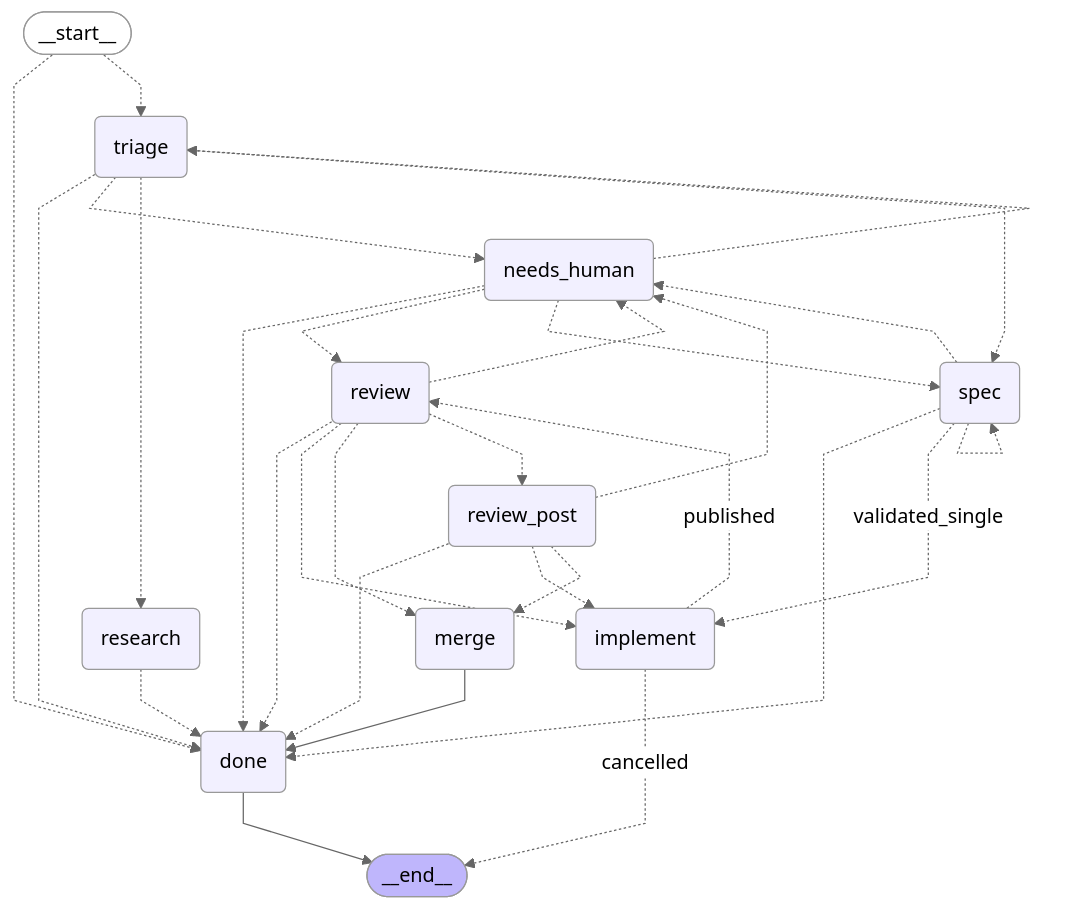
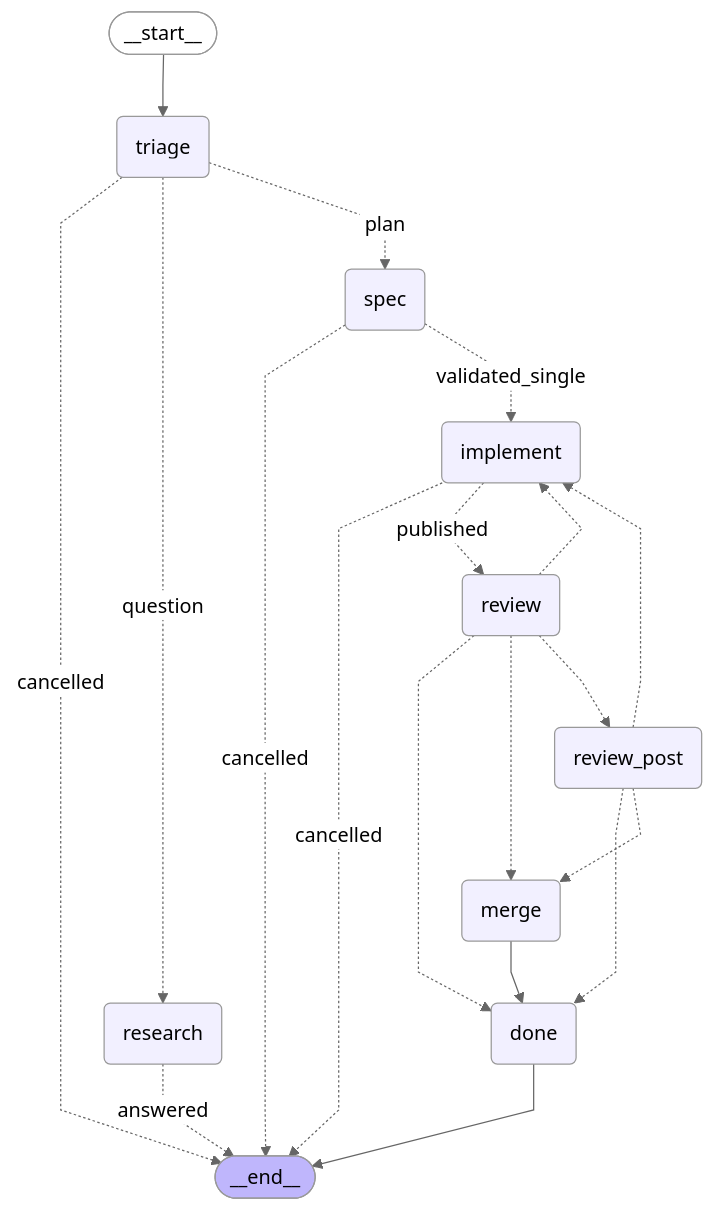
The diagram in docs/graph/delivery.mmd (bookout-labs/tools), drawn with Mermaid (neutral theme) before and after one commit. The commit also changed 54 other files, not shown here.

Commit message:
Extract Triage, Research and Spec into the drawn stage subgraphs (#236)

```diff
--- a/docs/graph/delivery.mmd
+++ b/docs/graph/delivery.mmd
@@ -1,48 +1,37 @@
 ---
 config:
   flowchart:
     curve: linear
 ---
 graph TD;
 	__start__([<p>__start__</p>]):::first
 	triage(triage)
 	research(research)
 	spec(spec)
 	implement(implement)
 	review(review)
 	review_post(review_post)
-	needs_human(needs_human)
 	merge(merge)
 	done(done)
 	__end__([<p>__end__</p>]):::last
-	__start__ -.-> done;
-	__start__ -.-> triage;
+	__start__ --> triage;
 	implement -. &nbsp;cancelled&nbsp; .-> __end__;
 	implement -. &nbsp;published&nbsp; .-> review;
 	merge --> done;
-	needs_human -.-> done;
-	needs_human -.-> review;
-	needs_human -.-> spec;
-	needs_human -.-> triage;
-	research -.-> done;
+	research -. &nbsp;answered&nbsp; .-> __end__;
 	review -.-> done;
 	review -.-> implement;
 	review -.-> merge;
-	review -.-> needs_human;
 	review -.-> review_post;
 	review_post -.-> done;
 	review_post -.-> implement;
 	review_post -.-> merge;
-	review_post -.-> needs_human;
-	spec -.-> done;
+	spec -. &nbsp;cancelled&nbsp; .-> __end__;
 	spec -. &nbsp;validated_single&nbsp; .-> implement;
-	spec -.-> needs_human;
-	triage -.-> done;
-	triage -.-> needs_human;
-	triage -.-> research;
-	triage -.-> spec;
+	triage -. &nbsp;cancelled&nbsp; .-> __end__;
+	triage -. &nbsp;question&nbsp; .-> research;
+	triage -. &nbsp;plan&nbsp; .-> spec;
 	done --> __end__;
-	spec -.-> spec;
 	classDef default fill:#f2f0ff,line-height:1.2
 	classDef first fill-opacity:0
 	classDef last fill:#bfb6fc
```
